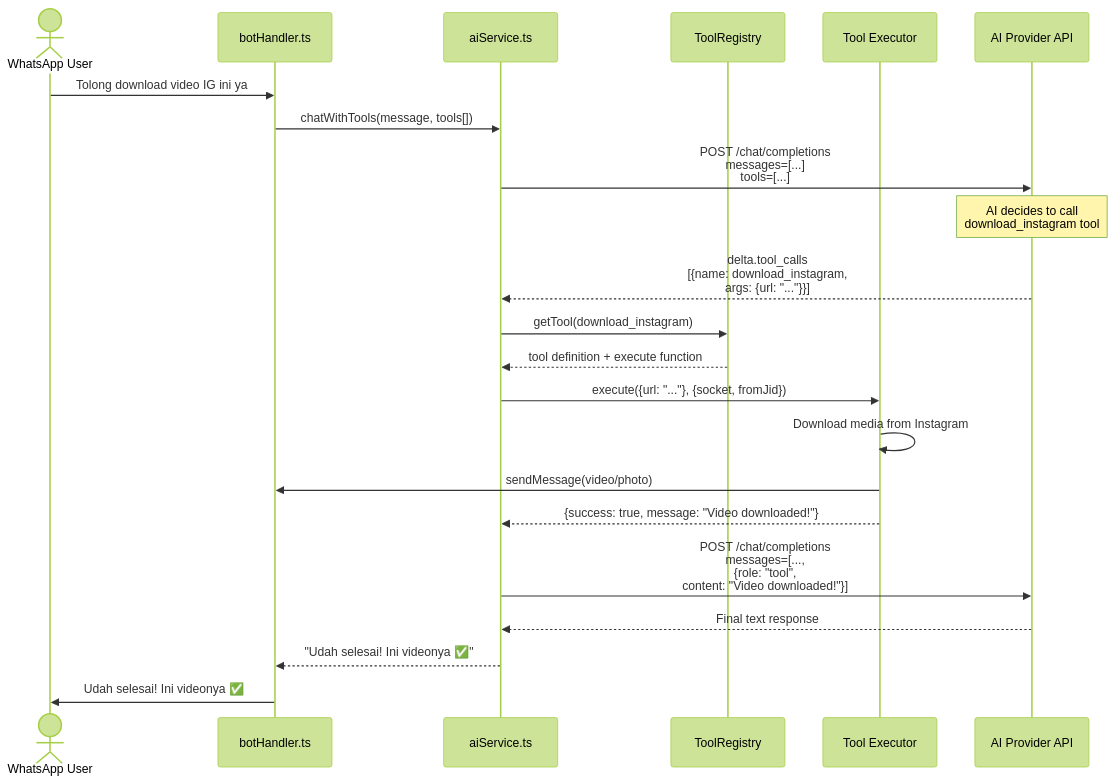
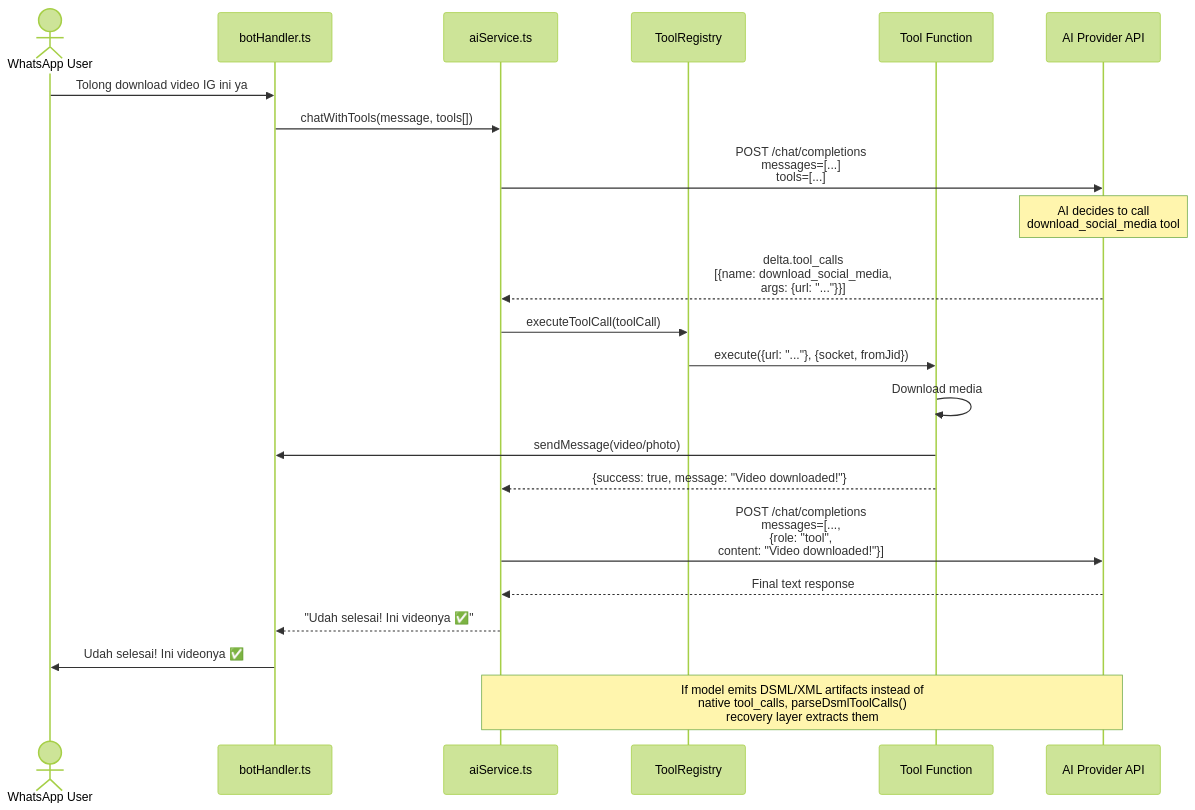
One commit to Maxorleans55/multi-bot changed the diagram in plans/ai-tooling-plan.md. Above: the diagram before and after it, drawn with Mermaid (forest theme). The commit also changed other lines of this file and 14 other files, not shown here.

````diff
--- a/plans/ai-tooling-plan.md
+++ b/plans/ai-tooling-plan.md
@@ -352,33 +121,33 @@
 ```mermaid
 sequenceDiagram
     actor User as WhatsApp User
     participant Bot as botHandler.ts
     participant AI as aiService.ts
     participant Registry as ToolRegistry
-    participant Tool as Tool Executor
+    participant Tool as Tool Function
     participant API as AI Provider API
 
     User->>Bot: Tolong download video IG ini ya
     
     Bot->>AI: chatWithTools(message, tools[])
     AI->>API: POST /chat/completions<br/>messages=[...]<br/>tools=[...]
     
-    Note over API: AI decides to call<br/>download_instagram tool
+    Note over API: AI decides to call<br/>download_social_media tool
     
-    API-->>AI: delta.tool_calls<br/>[{name: download_instagram,<br/>  args: {url: "..."}}]
+    API-->>AI: delta.tool_calls<br/>[{name: download_social_media,<br/>  args: {url: "..."}}]
     
-    AI->>Registry: getTool(download_instagram)
-    Registry-->>AI: tool definition + execute function
-    
-    AI->>Tool: execute({url: "..."}, {socket, fromJid})
-    Tool->>Tool: Download media from Instagram
+    AI->>Registry: executeToolCall(toolCall)
+    Registry->>Tool: execute({url: "..."}, {socket, fromJid})
+    Tool->>Tool: Download media
     Tool->>Bot: sendMessage(video/photo)
     Tool-->>AI: {success: true, message: "Video downloaded!"}
     
     AI->>API: POST /chat/completions<br/>messages=[...,<br/>  {role: "tool",<br/>   content: "Video downloaded!"}]
     
     API-->>AI: Final text response
     
     AI-->>Bot: "Udah selesai! Ini videonya ✅"
     Bot->>User: Udah selesai! Ini videonya ✅
+
+    Note over AI,API: If model emits DSML/XML artifacts instead of<br/>native tool_calls, parseDsmlToolCalls()<br/>recovery layer extracts them
 ```
````
